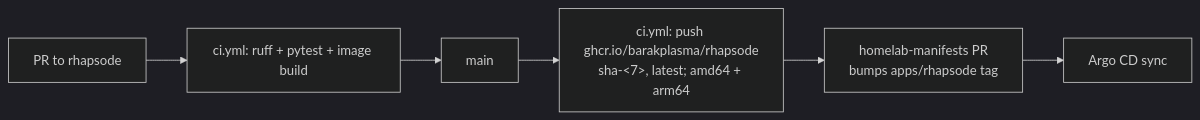
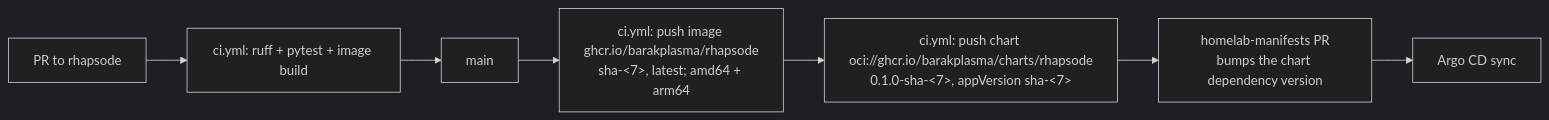
Before and after one commit to barakplasma/rhapsode: the third of 3 diagrams in docs/design.md, drawn with Mermaid (dark theme). The commit also changed other lines of this file and 10 other files, not shown here.

First line of the commit message:
Add Helm chart, published as an OCI artifact; trustedCA for private CAs

````diff
--- a/docs/design.md
+++ b/docs/design.md
@@ -211,8 +220,9 @@
 ```mermaid
 flowchart LR
   PR[PR to rhapsode] --> T[ci.yml: ruff + pytest + image build]
   T --> M[main]
-  M --> P[ci.yml: push ghcr.io/barakplasma/rhapsode<br/>sha-&lt;7&gt;, latest; amd64 + arm64]
-  P --> HM[homelab-manifests PR<br/>bumps apps/rhapsode tag]
+  M --> P[ci.yml: push image ghcr.io/barakplasma/rhapsode<br/>sha-&lt;7&gt;, latest; amd64 + arm64]
+  P --> CH[ci.yml: push chart oci://ghcr.io/barakplasma/charts/rhapsode<br/>0.1.0-sha-&lt;7&gt;, appVersion sha-&lt;7&gt;]
+  CH --> HM[homelab-manifests PR<br/>bumps the chart dependency version]
   HM --> Argo[Argo CD sync]
 ```
````
